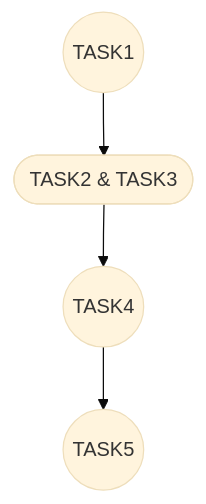
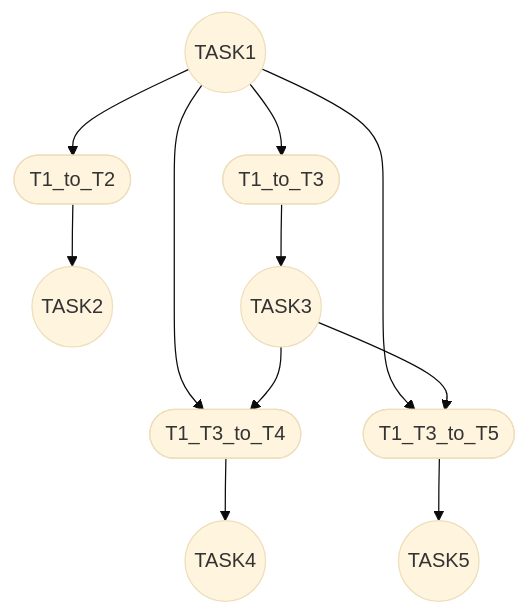
The diagram in TASK6_BTL_HK251-main/TASK6_BTL_HK251-main/README.md (truonghienminh-HCMUT/BTL-MHH), drawn with Mermaid (base theme) before and after one commit. The commit also changed 1 other file, not shown here.

````diff
--- a/TASK6_BTL_HK251-main/TASK6_BTL_HK251-main/README.md
+++ b/TASK6_BTL_HK251-main/TASK6_BTL_HK251-main/README.md
@@ -3,16 +3,31 @@
 ```mermaid
 flowchart TD
 
     %% Places
     P1(("TASK1"))
+    P2(("TASK2"))
+    P3(("TASK3"))
     P4(("TASK4"))
     P5(("TASK5"))
 
     %% Transitions
-    P23([TASK2 & TASK3])
+    T12([T1_to_T2])
+    T13([T1_to_T3])
+    T134([T1_T3_to_T4])
+    T135([T1_T3_to_T5])
 
-    %% Arcs 
-    P1 --> P23
-    P23 --> P4
-    P4 --> P5
+    %% Arcs
+    P1 --> T12
+    T12 --> P2
+
+    P1 --> T13
+    T13 --> P3
+
+    P1 --> T134
+    P3 --> T134
+    T134 --> P4
+
+    P1 --> T135
+    P3 --> T135
+    T135 --> P5
 ```
````
